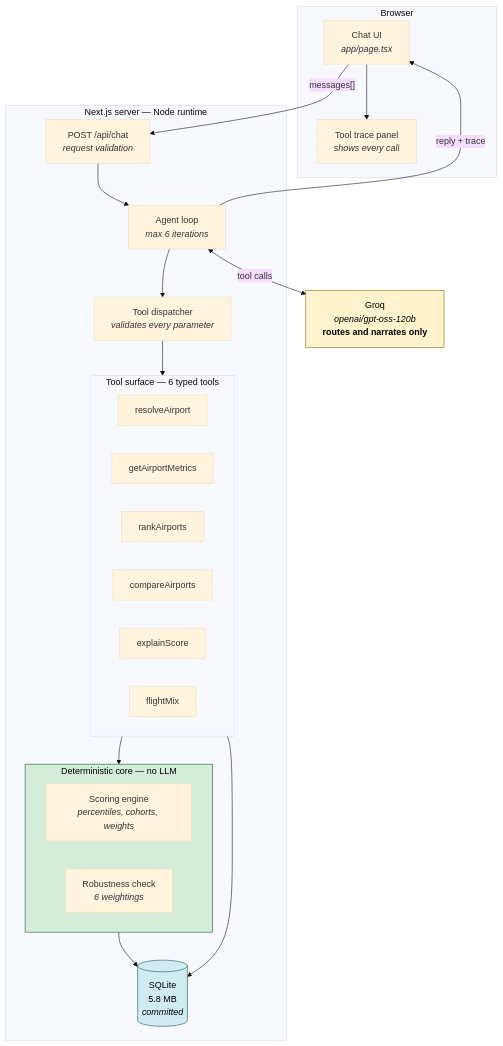
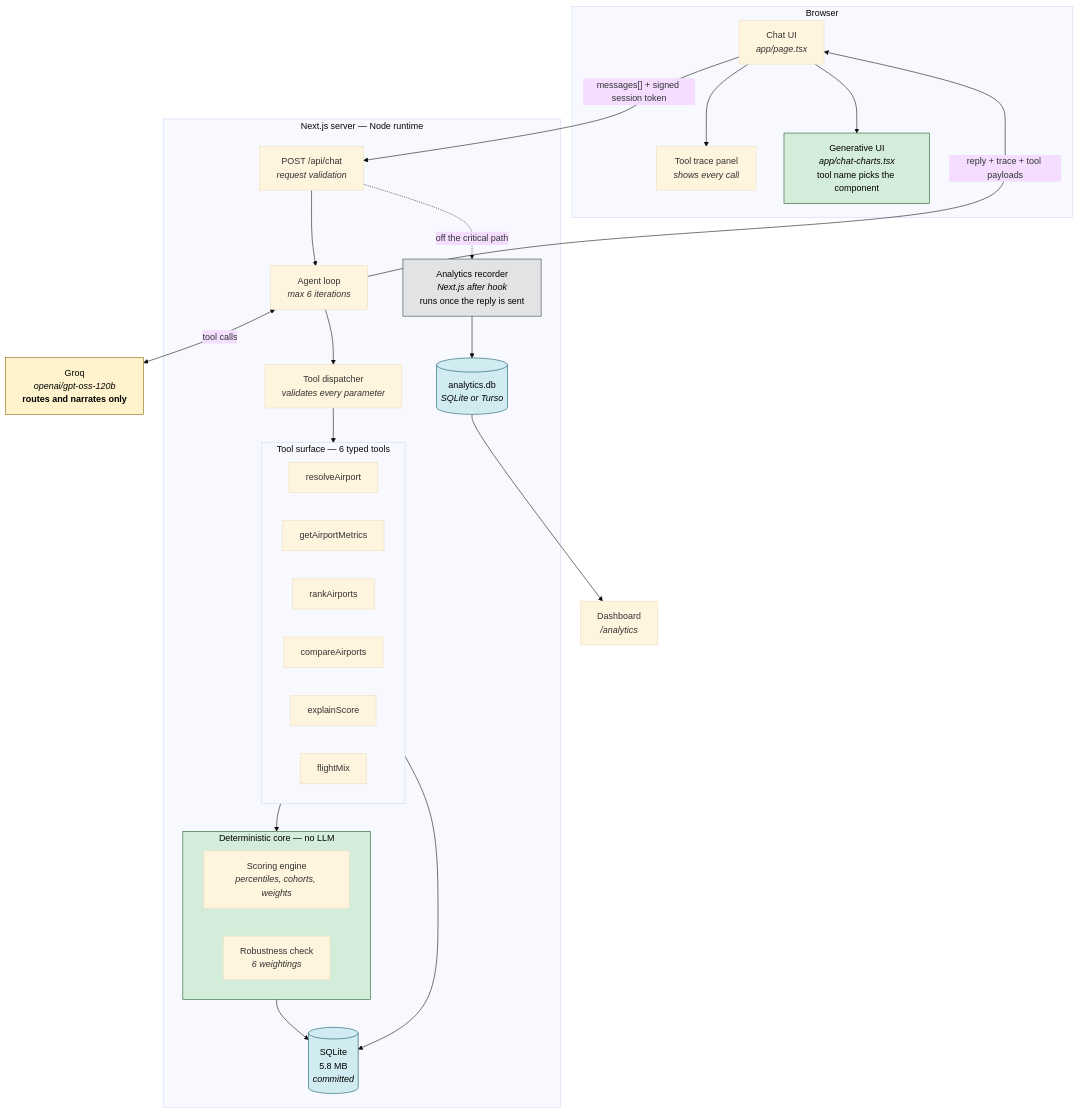
Before and after one commit to Roni750/AI-rports: the first of 8 diagrams in docs/architecture-diagrams.md, drawn with Mermaid (base theme). The commit also changed other lines of this file and 2 other files, not shown here.

````diff
--- a/docs/architecture-diagrams.md
+++ b/docs/architecture-diagrams.md
@@ -13,46 +13,58 @@
 ```mermaid
 flowchart TB
     subgraph browser["Browser"]
         UI["Chat UI<br/><i>app/page.tsx</i>"]
         TRACE["Tool trace panel<br/><i>shows every call</i>"]
+        CHARTS["Generative UI<br/><i>app/chat-charts.tsx</i><br/>tool name picks the component"]
     end
 
     subgraph server["Next.js server — Node runtime"]
         API["POST /api/chat<br/><i>request validation</i>"]
         AGENT["Agent loop<br/><i>max 6 iterations</i>"]
         DISPATCH["Tool dispatcher<br/><i>validates every parameter</i>"]
 
         subgraph tools["Tool surface — 6 typed tools"]
             T1["resolveAirport"]
             T2["getAirportMetrics"]
             T3["rankAirports"]
             T4["compareAirports"]
             T5["explainScore"]
             T6["flightMix"]
         end
 
         subgraph core["Deterministic core — no LLM"]
             SCORE["Scoring engine<br/><i>percentiles, cohorts, weights</i>"]
             ROBUST["Robustness check<br/><i>6 weightings</i>"]
         end
 
         DB[("SQLite<br/>5.8 MB<br/><i>committed</i>")]
+
+        REC["Analytics recorder<br/><i>Next.js after hook</i><br/>runs once the reply is sent"]
+        ADB[("analytics.db<br/><i>SQLite or Turso</i>")]
     end
 
     LLM["Groq<br/><i>openai/gpt-oss-120b</i><br/><b>routes and narrates only</b>"]
 
-    UI -->|"messages[]"| API
+    UI -->|"messages[] + signed session token"| API
     API --> AGENT
     AGENT <-->|"tool calls"| LLM
     AGENT --> DISPATCH
     DISPATCH --> tools
     tools --> core
     core --> DB
     tools --> DB
-    AGENT -->|"reply + trace"| UI
+    AGENT -->|"reply + trace + tool payloads"| UI
     UI --> TRACE
+    UI --> CHARTS
+
+    API -.->|"off the critical path"| REC
+    REC --> ADB
+    ADB --> DASH["Dashboard<br/><i>/analytics</i>"]
 
     style LLM fill:#fff3cd,stroke:#856404,color:#000
     style core fill:#d4edda,stroke:#155724,color:#000
     style DB fill:#d1ecf1,stroke:#0c5460,color:#000
+    style ADB fill:#d1ecf1,stroke:#0c5460,color:#000
+    style CHARTS fill:#d4edda,stroke:#155724,color:#000
+    style REC fill:#e2e3e5,stroke:#383d41,color:#000
 ```
````
